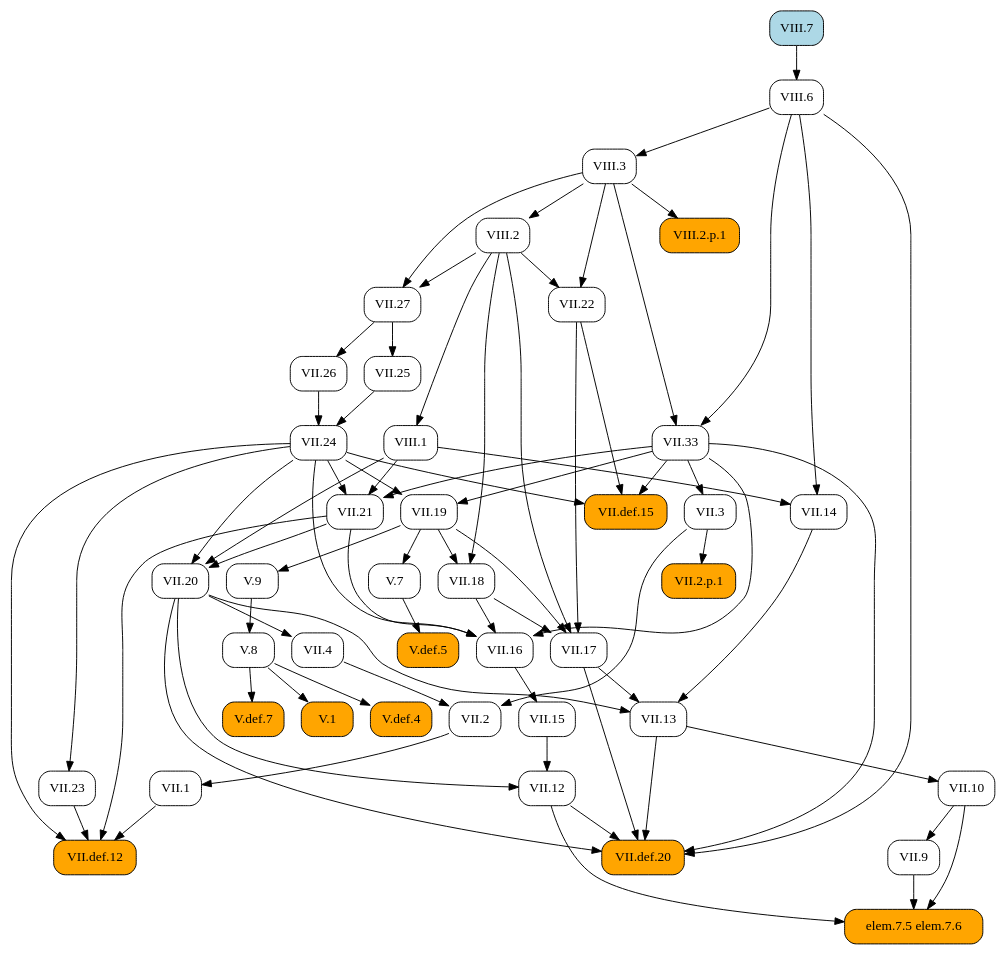
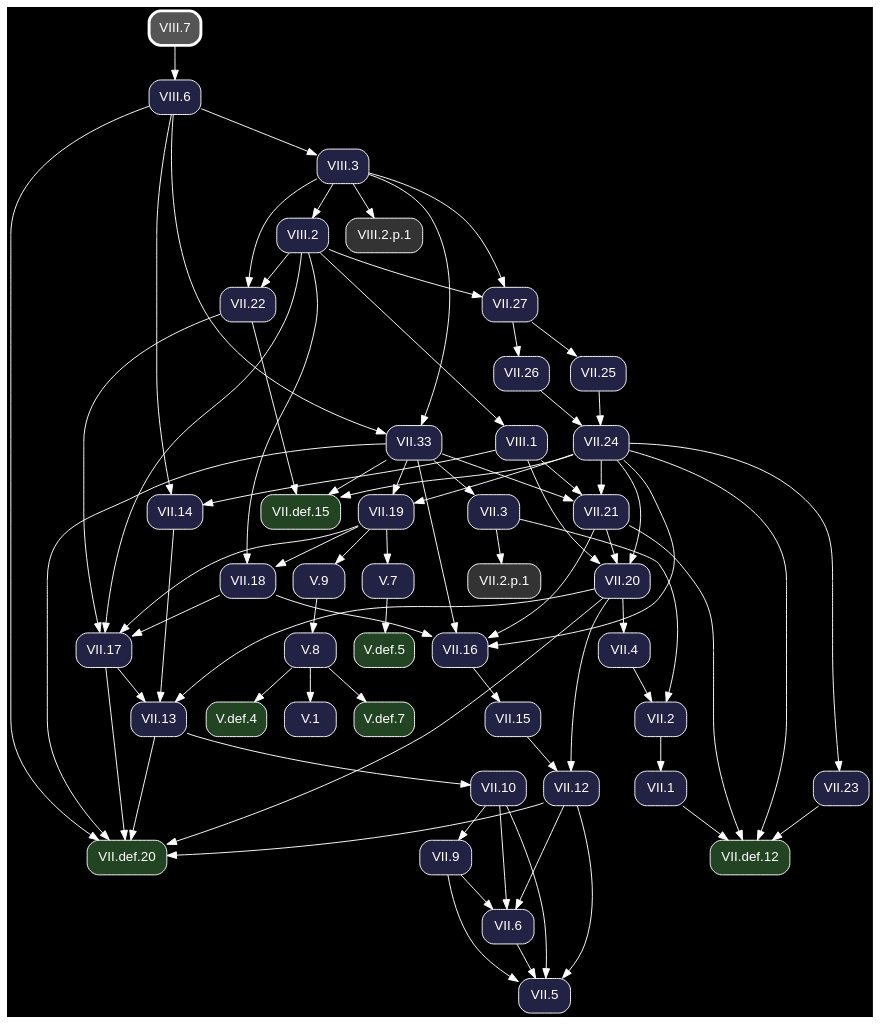
The diagram in docsrc/heath/VIII/7/index.rst (geometor/elements), drawn with Graphviz before and after one commit. The commit also changed other lines of this file and 1200 other files, not shown here.

Commit message:
update dependency graphs

```diff
--- a/docsrc/heath/VIII/7/index.rst
+++ b/docsrc/heath/VIII/7/index.rst
@@ -30,84 +30,57 @@
 .. graphviz::
 
    digraph {
+     bgcolor="black";
+     node [shape=box, style="rounded,filled", fontname="Helvetica", color="white", fontcolor="white"];
+     edge [color="white", fontcolor="white"];
      rankdir="TB";
-     node [shape=box, style=rounded];
-     "VII.33" [URL="/heath/VII/33/", target="_top"];
-     "VII.12" [URL="/heath/VII/12/", target="_top"];
-     "VIII.6" [URL="/heath/VIII/6/", target="_top"];
-     "elem.7.5 elem.7.6" [style="rounded,filled", fillcolor=orange];
-     "VII.9" [URL="/heath/VII/9/", target="_top"];
-     "VIII.2" [URL="/heath/VIII/2/", target="_top"];
-     "VII.18" [URL="/heath/VII/18/", target="_top"];
-     "VII.16" [URL="/heath/VII/16/", target="_top"];
-     "V.7" [URL="/heath/V/7/", target="_top"];
-     "VII.26" [URL="/heath/VII/26/", target="_top"];
-     "V.def.5" [style="rounded,filled", fillcolor=orange, URL="/heath/V/def.5/", target="_top"];
-     "V.9" [URL="/heath/V/9/", target="_top"];
-     "VII.10" [URL="/heath/VII/10/", target="_top"];
-     "VIII.3" [URL="/heath/VIII/3/", target="_top"];
-     "VII.13" [URL="/heath/VII/13/", target="_top"];
-     "VII.def.15" [style="rounded,filled", fillcolor=orange, URL="/heath/VII/def.15/", target="_top"];
-     "VIII.2.p.1" [style="rounded,filled", fillcolor=orange];
-     "VII.19" [URL="/heath/VII/19/", target="_top"];
-     "VII.17" [URL="/heath/VII/17/", target="_top"];
-     "VII.2" [URL="/heath/VII/2/", target="_top"];
-     "VII.def.20" [style="rounded,filled", fillcolor=orange, URL="/heath/VII/def.20/", target="_top"];
-     "VII.2.p.1" [style="rounded,filled", fillcolor=orange];
-     "VII.15" [URL="/heath/VII/15/", target="_top"];
-     "V.def.4" [style="rounded,filled", fillcolor=orange, URL="/heath/V/def.4/", target="_top"];
-     "V.def.7" [style="rounded,filled", fillcolor=orange, URL="/heath/V/def.7/", target="_top"];
-     "VIII.7" [style="rounded,filled", fillcolor=lightblue, URL="/heath/VIII/7/", target="_top"];
-     "VII.14" [URL="/heath/VII/14/", target="_top"];
-     "VII.27" [URL="/heath/VII/27/", target="_top"];
-     "VII.21" [URL="/heath/VII/21/", target="_top"];
-     "VII.22" [URL="/heath/VII/22/", target="_top"];
-     "VII.25" [URL="/heath/VII/25/", target="_top"];
-     "VIII.1" [URL="/heath/VIII/1/", target="_top"];
-     "VII.1" [URL="/heath/VII/1/", target="_top"];
-     "V.8" [URL="/heath/V/8/", target="_top"];
-     "VII.23" [URL="/heath/VII/23/", target="_top"];
-     "VII.4" [URL="/heath/VII/4/", target="_top"];
-     "VII.def.12" [style="rounded,filled", fillcolor=orange, URL="/heath/VII/def.12/", target="_top"];
-     "V.1" [style="rounded,filled", fillcolor=orange, URL="/heath/V/1/", target="_top"];
-     "VII.3" [URL="/heath/VII/3/", target="_top"];
-     "VII.24" [URL="/heath/VII/24/", target="_top"];
-     "VII.20" [URL="/heath/VII/20/", target="_top"];
+     "VII.33" [fillcolor="#222244", URL="/heath/VII/33/", target="_top"];
+     "V.def.5" [fillcolor="#224422", URL="/heath/V/def.5/", target="_top"];
+     "VII.18" [fillcolor="#222244", URL="/heath/VII/18/", target="_top"];
+     "VII.2" [fillcolor="#222244", URL="/heath/VII/2/", target="_top"];
+     "VII.def.20" [fillcolor="#224422", URL="/heath/VII/def.20/", target="_top"];
+     "VII.26" [fillcolor="#222244", URL="/heath/VII/26/", target="_top"];
+     "VII.1" [fillcolor="#222244", URL="/heath/VII/1/", target="_top"];
+     "VIII.6" [fillcolor="#222244", URL="/heath/VIII/6/", target="_top"];
+     "VII.13" [fillcolor="#222244", URL="/heath/VII/13/", target="_top"];
+     "VIII.2.p.1" [fillcolor="#333333"];
+     "VII.27" [fillcolor="#222244", URL="/heath/VII/27/", target="_top"];
+     "VII.4" [fillcolor="#222244", URL="/heath/VII/4/", target="_top"];
+     "VII.25" [fillcolor="#222244", URL="/heath/VII/25/", target="_top"];
+     "VII.21" [fillcolor="#222244", URL="/heath/VII/21/", target="_top"];
+     "VII.9" [fillcolor="#222244", URL="/heath/VII/9/", target="_top"];
+     "V.7" [fillcolor="#222244", URL="/heath/V/7/", target="_top"];
+     "VII.12" [fillcolor="#222244", URL="/heath/VII/12/", target="_top"];
+     "V.9" [fillcolor="#222244", URL="/heath/V/9/", target="_top"];
+     "VII.17" [fillcolor="#222244", URL="/heath/VII/17/", target="_top"];
+     "VII.24" [fillcolor="#222244", URL="/heath/VII/24/", target="_top"];
+     "VII.22" [fillcolor="#222244", URL="/heath/VII/22/", target="_top"];
+     "VIII.2" [fillcolor="#222244", URL="/heath/VIII/2/", target="_top"];
+     "V.def.7" [fillcolor="#224422", URL="/heath/V/def.7/", target="_top"];
+     "VII.20" [fillcolor="#222244", URL="/heath/VII/20/", target="_top"];
+     "V.def.4" [fillcolor="#224422", URL="/heath/V/def.4/", target="_top"];
+     "VII.5" [fillcolor="#222244", URL="/heath/VII/5/", target="_top"];
+     "VII.def.15" [fillcolor="#224422", URL="/heath/VII/def.15/", target="_top"];
+     "VIII.3" [fillcolor="#222244", URL="/heath/VIII/3/", target="_top"];
+     "VII.2.p.1" [fillcolor="#333333"];
+     "VII.6" [fillcolor="#222244", URL="/heath/VII/6/", target="_top"];
+     "VII.16" [fillcolor="#222244", URL="/heath/VII/16/", target="_top"];
+     "VII.15" [fillcolor="#222244", URL="/heath/VII/15/", target="_top"];
+     "V.1" [fillcolor="#222244", URL="/heath/V/1/", target="_top"];
+     "VIII.7" [penwidth=3, color="white", fillcolor="#555555", URL="/heath/VIII/7/", target="_top"];
+     "VII.10" [fillcolor="#222244", URL="/heath/VII/10/", target="_top"];
+     "VII.23" [fillcolor="#222244", URL="/heath/VII/23/", target="_top"];
+     "VII.def.12" [fillcolor="#224422", URL="/heath/VII/def.12/", target="_top"];
+     "VII.19" [fillcolor="#222244", URL="/heath/VII/19/", target="_top"];
+     "VIII.1" [fillcolor="#222244", URL="/heath/VIII/1/", target="_top"];
+     "V.8" [fillcolor="#222244", URL="/heath/V/8/", target="_top"];
+     "VII.3" [fillcolor="#222244", URL="/heath/VII/3/", target="_top"];
+     "VII.14" [fillcolor="#222244", URL="/heath/VII/14/", target="_top"];
      "VIII.3" -> "VII.33";
      "VIII.6" -> "VII.33";
-     "VII.15" -> "VII.12";
-     "VII.20" -> "VII.12";
-     "VIII.7" -> "VIII.6";
-     "VII.9" -> "elem.7.5 elem.7.6";
-     "VII.10" -> "elem.7.5 elem.7.6";
-     "VII.12" -> "elem.7.5 elem.7.6";
-     "VII.10" -> "VII.9";
-     "VIII.3" -> "VIII.2";
+     "V.7" -> "V.def.5";
      "VII.19" -> "VII.18";
      "VIII.2" -> "VII.18";
-     "VII.18" -> "VII.16";
-     "VII.21" -> "VII.16";
-     "VII.24" -> "VII.16";
-     "VII.33" -> "VII.16";
-     "VII.19" -> "V.7";
-     "VII.27" -> "VII.26";
-     "V.7" -> "V.def.5";
-     "VII.19" -> "V.9";
-     "VII.13" -> "VII.10";
-     "VIII.6" -> "VIII.3";
-     "VII.14" -> "VII.13";
-     "VII.17" -> "VII.13";
-     "VII.20" -> "VII.13";
-     "VII.22" -> "VII.def.15";
-     "VII.24" -> "VII.def.15";
-     "VII.33" -> "VII.def.15";
-     "VIII.3" -> "VIII.2.p.1";
-     "VII.24" -> "VII.19";
-     "VII.33" -> "VII.19";
-     "VII.18" -> "VII.17";
-     "VII.19" -> "VII.17";
-     "VII.22" -> "VII.17";
-     "VIII.2" -> "VII.17";
      "VII.3" -> "VII.2";
      "VII.4" -> "VII.2";
      "VII.12" -> "VII.def.20";
@@ -116,34 +89,68 @@
      "VII.20" -> "VII.def.20";
      "VII.33" -> "VII.def.20";
      "VIII.6" -> "VII.def.20";
-     "VII.3" -> "VII.2.p.1";
-     "VII.16" -> "VII.15";
-     "V.8" -> "V.def.4";
-     "V.8" -> "V.def.7";
-     "VIII.1" -> "VII.14";
-     "VIII.6" -> "VII.14";
+     "VII.27" -> "VII.26";
+     "VII.2" -> "VII.1";
+     "VIII.7" -> "VIII.6";
+     "VII.14" -> "VII.13";
+     "VII.17" -> "VII.13";
+     "VII.20" -> "VII.13";
+     "VIII.3" -> "VIII.2.p.1";
      "VIII.2" -> "VII.27";
      "VIII.3" -> "VII.27";
+     "VII.20" -> "VII.4";
+     "VII.27" -> "VII.25";
      "VII.24" -> "VII.21";
      "VII.33" -> "VII.21";
      "VIII.1" -> "VII.21";
+     "VII.10" -> "VII.9";
+     "VII.19" -> "V.7";
+     "VII.15" -> "VII.12";
+     "VII.20" -> "VII.12";
+     "VII.19" -> "V.9";
+     "VII.18" -> "VII.17";
+     "VII.19" -> "VII.17";
+     "VII.22" -> "VII.17";
+     "VIII.2" -> "VII.17";
+     "VII.25" -> "VII.24";
+     "VII.26" -> "VII.24";
      "VIII.2" -> "VII.22";
      "VIII.3" -> "VII.22";
-     "VII.27" -> "VII.25";
-     "VIII.2" -> "VIII.1";
-     "VII.2" -> "VII.1";
-     "V.9" -> "V.8";
+     "VIII.3" -> "VIII.2";
+     "V.8" -> "V.def.7";
+     "VII.21" -> "VII.20";
+     "VII.24" -> "VII.20";
+     "VIII.1" -> "VII.20";
+     "V.8" -> "V.def.4";
+     "VII.6" -> "VII.5";
+     "VII.9" -> "VII.5";
+     "VII.10" -> "VII.5";
+     "VII.12" -> "VII.5";
+     "VII.22" -> "VII.def.15";
+     "VII.24" -> "VII.def.15";
+     "VII.33" -> "VII.def.15";
+     "VIII.6" -> "VIII.3";
+     "VII.3" -> "VII.2.p.1";
+     "VII.9" -> "VII.6";
+     "VII.10" -> "VII.6";
+     "VII.12" -> "VII.6";
+     "VII.18" -> "VII.16";
+     "VII.21" -> "VII.16";
+     "VII.24" -> "VII.16";
+     "VII.33" -> "VII.16";
+     "VII.16" -> "VII.15";
+     "V.8" -> "V.1";
+     "VII.13" -> "VII.10";
      "VII.24" -> "VII.23";
-     "VII.20" -> "VII.4";
      "VII.1" -> "VII.def.12";
      "VII.21" -> "VII.def.12";
      "VII.23" -> "VII.def.12";
      "VII.24" -> "VII.def.12";
-     "V.8" -> "V.1";
+     "VII.24" -> "VII.19";
+     "VII.33" -> "VII.19";
+     "VIII.2" -> "VIII.1";
+     "V.9" -> "V.8";
      "VII.33" -> "VII.3";
-     "VII.25" -> "VII.24";
-     "VII.26" -> "VII.24";
-     "VII.21" -> "VII.20";
-     "VII.24" -> "VII.20";
-     "VIII.1" -> "VII.20";
+     "VIII.1" -> "VII.14";
+     "VIII.6" -> "VII.14";
    }
```
